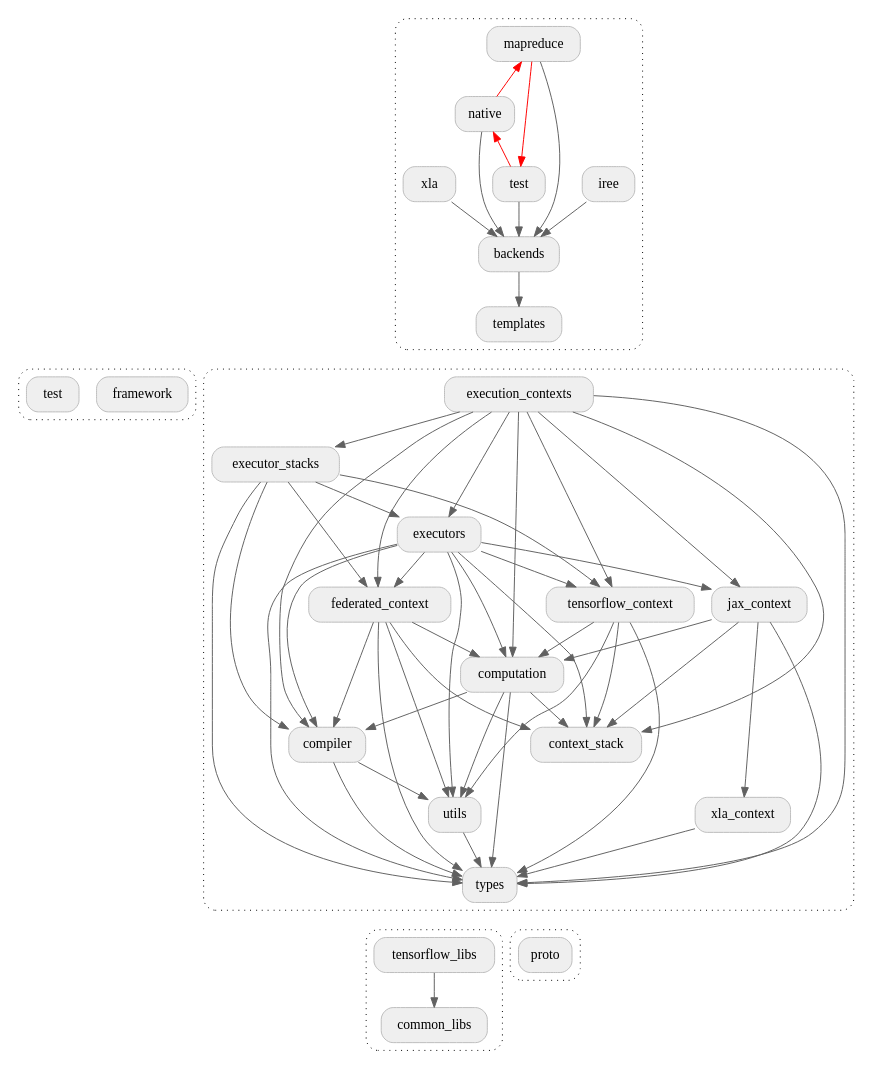
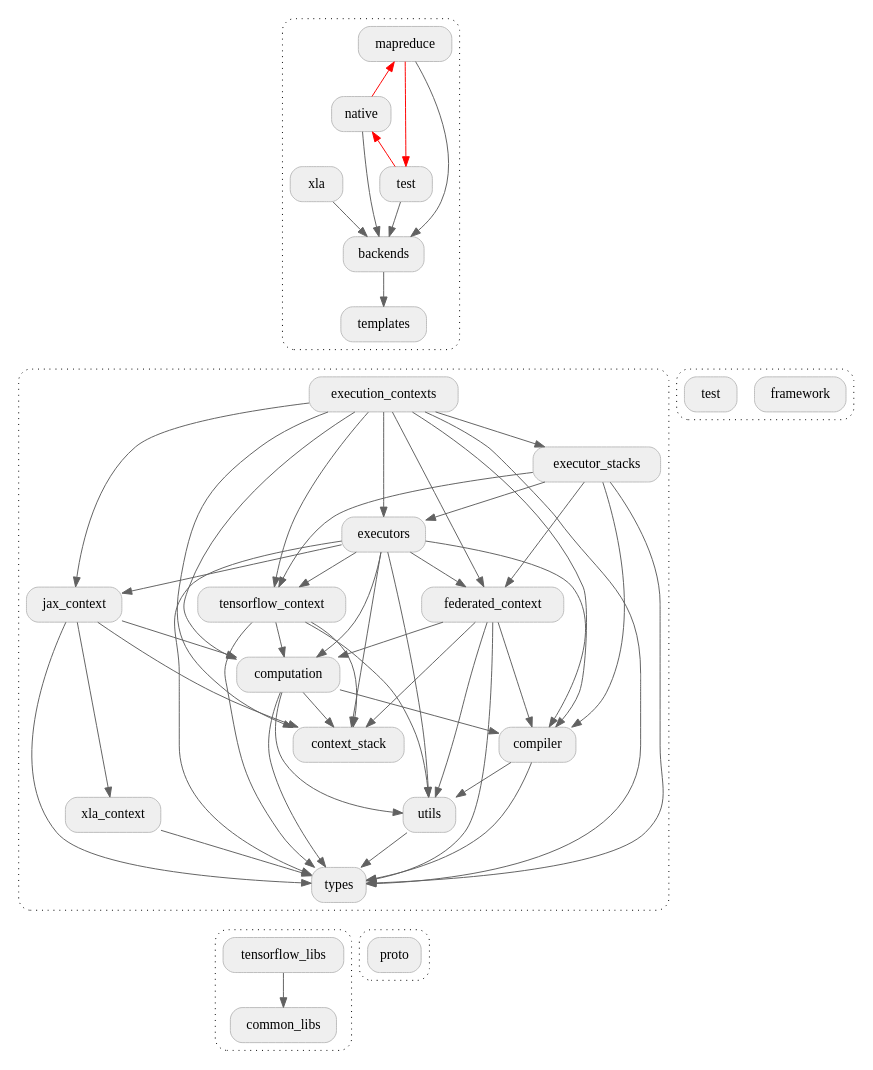
One commit to google-parfait/tensorflow-federated changed the diagram in docs/design/package_structure_core.dot. Above: the diagram before and after it, drawn with Graphviz. The commit also changed 17 other files, not shown here.

```diff
--- a/docs/design/package_structure_core.dot
+++ b/docs/design/package_structure_core.dot
@@ -1,110 +1,108 @@
 digraph {
   graph [style="dotted,rounded"]
   node [shape="box", style="rounded,filled", fillcolor="#efefef", color="#bdbdbd"]
   edge [color="#616161"]
 
   subgraph cluster_core_0 {
-    iree [href="https://github.com/tensorflow/federated/blob/main/tensorflow_federated/python/core/backends/iree" target="_parent",]
     mapreduce [href="https://github.com/tensorflow/federated/blob/main/tensorflow_federated/python/core/backends/mapreduce" target="_parent",]
     native [href="https://github.com/tensorflow/federated/blob/main/tensorflow_federated/python/core/backends/native" target="_parent",]
     backends_test [label="test", href="https://github.com/tensorflow/federated/blob/main/tensorflow_federated/python/core/backends/test" target="_parent",]
     xla [href="https://github.com/tensorflow/federated/blob/main/tensorflow_federated/python/core/backends/xla" target="_parent",]
     backends [href="https://github.com/tensorflow/federated/blob/main/tensorflow_federated/python/core/backends" target="_parent"]
     templates [href="https://github.com/tensorflow/federated/blob/main/tensorflow_federated/python/core/templates" target="_parent"]
   }
 
-  iree -> backends
   mapreduce -> backends
   native -> backends
   backends_test -> backends
   xla -> backends
   backends -> templates
   templates -> execution_contexts [arrowhead="none", style="invisible"]
 
   // TODO(b/233800075): Remove dependency from `native` to `mapreduce`.
   mapreduce -> native [dir=back, color="#ff0000"]
   // TODO(b/233800373): Remove dependency from `test` to `native`.
   native -> backends_test [dir=back, color="#ff0000"]
   // TODO(b/233801300): Remove dependency from `mapreduce` to `test`.
   mapreduce -> backends_test [color="#ff0000"]
 
   subgraph cluster_core_1 {
     framework [href="https://github.com/tensorflow/federated/blob/main/tensorflow_federated/python/core/framework" target="_parent"]
     test [href="https://github.com/tensorflow/federated/blob/main/tensorflow_federated/python/core/test" target="_parent"]
   }
 
   framework -> executor_stacks [arrowhead="none", style="invisible"]
   test -> executor_stacks [arrowhead="none", style="invisible"]
 
   subgraph cluster_core_2 {
     execution_contexts [href="https://github.com/tensorflow/federated/blob/main/tensorflow_federated/python/core/impl/execution_contexts" target="_parent"]
     executor_stacks [href="https://github.com/tensorflow/federated/blob/main/tensorflow_federated/python/core/impl/executor_stacks" target="_parent"]
     executors [href="https://github.com/tensorflow/federated/blob/main/tensorflow_federated/python/core/impl/executors" target="_parent"]
     federated_context [href="https://github.com/tensorflow/federated/blob/main/tensorflow_federated/python/core/impl/federated_context" target="_parent"]
     tensorflow_context [href="https://github.com/tensorflow/federated/blob/main/tensorflow_federated/python/core/impl/tensorflow_context" target="_parent"]
     jax_context [href="https://github.com/tensorflow/federated/blob/main/tensorflow_federated/python/core/impl/jax_context" target="_parent"]
     xla_context [href="https://github.com/tensorflow/federated/blob/main/tensorflow_federated/python/core/impl/jax_context" target="_parent"]
     computation [href="https://github.com/tensorflow/federated/blob/main/tensorflow_federated/python/core/impl/computation" target="_parent"]
     compiler [href="https://github.com/tensorflow/federated/blob/main/tensorflow_federated/python/core/impl/compiler" target="_parent"]
     utils [href="https://github.com/tensorflow/federated/blob/main/tensorflow_federated/python/core/impl/utils" target="_parent"]
     types [href="https://github.com/tensorflow/federated/blob/main/tensorflow_federated/python/core/impl/types" target="_parent"]
     context_stack [href="https://github.com/tensorflow/federated/blob/main/tensorflow_federated/python/core/impl/context_stack" target="_parent"]
   }
 
   execution_contexts -> executor_stacks
   execution_contexts -> executors
   execution_contexts -> federated_context
   execution_contexts -> tensorflow_context
   execution_contexts -> jax_context
   execution_contexts -> computation
   execution_contexts -> compiler
   execution_contexts -> types
   execution_contexts -> context_stack
   executor_stacks -> federated_context
   executor_stacks -> tensorflow_context
   executor_stacks -> executors
   executor_stacks -> compiler
   executor_stacks -> types
   executors -> federated_context
   executors -> tensorflow_context
   executors -> jax_context
   executors -> computation
   executors -> compiler
   executors -> utils
   executors -> types
   executors -> context_stack
   federated_context -> computation
   federated_context -> compiler
   federated_context -> utils
   federated_context -> types
   federated_context -> context_stack
   tensorflow_context -> computation
   tensorflow_context -> utils
   tensorflow_context -> types
   tensorflow_context -> context_stack
   jax_context -> xla_context
   jax_context -> computation
   jax_context -> types
   jax_context -> context_stack
   xla_context -> types
   computation -> compiler
   computation -> utils
   computation -> types
   computation -> context_stack
   compiler -> utils
   compiler -> types
   utils -> types
   types -> tensorflow_libs [arrowhead="none", style="invisible"]
   types -> proto [arrowhead="none", style="invisible"]
 
   subgraph cluster_core_3 {
     tensorflow_libs [href="https://github.com/tensorflow/federated/blob/main/tensorflow_federated/python/tensorflow_libs" target="_parent"]
     common_libs [href="https://github.com/tensorflow/federated/blob/main/tensorflow_federated/python/common_libs" target="_parent"]
   }
 
   tensorflow_libs -> common_libs
 
   subgraph cluster_core_4 {
     proto [href="https://github.com/tensorflow/federated/blob/main/tensorflow_federated/proto" target="_parent"]
   }
 }
```
